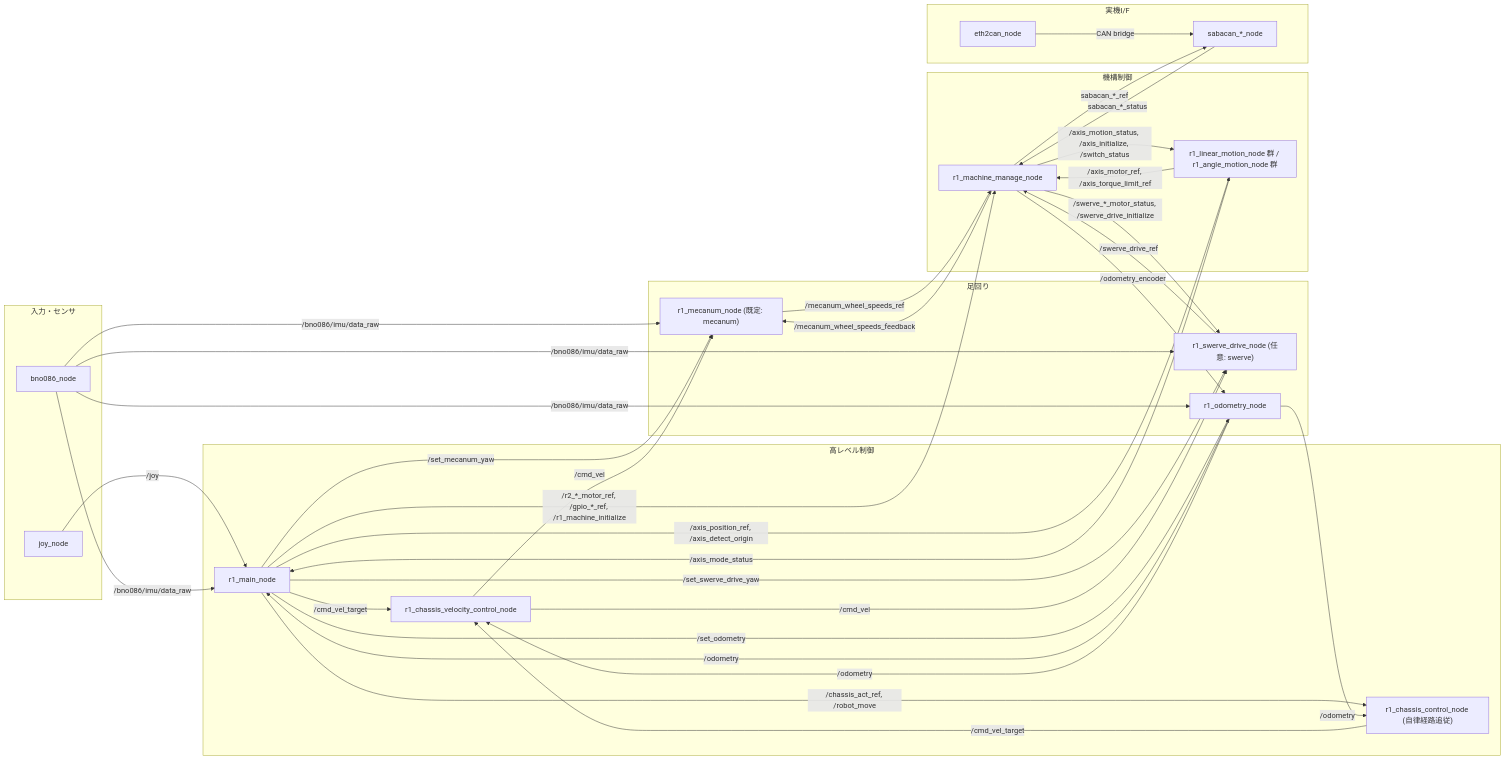
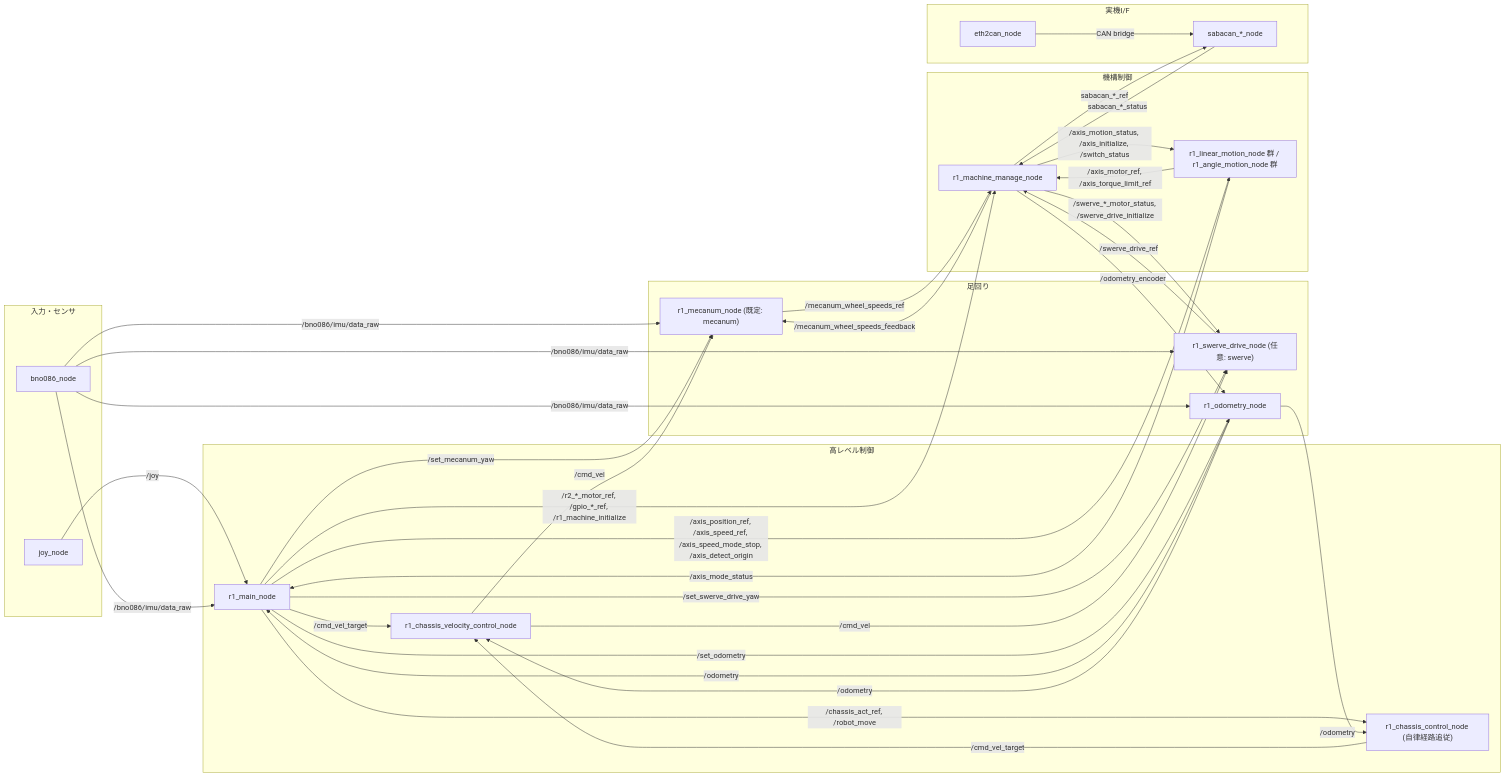
Before and after one commit to RoboPro2026/gakurobo2026_r1: the first of 2 diagrams in README.md, drawn with Mermaid. The commit also changed other lines of this file and 9 other files, not shown here.

````diff
--- a/README.md
+++ b/README.md
@@ -39,66 +39,66 @@
 ```mermaid
 flowchart LR
   subgraph input["入力・センサ"]
     joy["joy_node"]
     imu["bno086_node"]
   end
 
   subgraph control["高レベル制御"]
     main["r1_main_node"]
     chassis["r1_chassis_control_node (自律経路追従)"]
     vel["r1_chassis_velocity_control_node"]
   end
 
   subgraph drive["足回り"]
     mecanum["r1_mecanum_node (既定: mecanum)"]
     swerve["r1_swerve_drive_node (任意: swerve)"]
     odom["r1_odometry_node"]
   end
 
   subgraph mechanism["機構制御"]
     motion["r1_linear_motion_node 群 / r1_angle_motion_node 群"]
     manage["r1_machine_manage_node"]
   end
 
   subgraph hardware["実機I/F"]
     saba["sabacan_*_node"]
     can["eth2can_node"]
   end
 
   joy -->|/joy| main
   imu -->|/bno086/imu/data_raw| main
   imu -->|/bno086/imu/data_raw| mecanum
   imu -->|/bno086/imu/data_raw| swerve
   imu -->|/bno086/imu/data_raw| odom
 
   main -->|/cmd_vel_target| vel
   main -->|/chassis_act_ref, /robot_move| chassis
   main -->|/set_odometry| odom
   main -->|/set_mecanum_yaw| mecanum
   main -->|/set_swerve_drive_yaw| swerve
-  main -->|/axis_position_ref, /axis_detect_origin| motion
+  main -->|/axis_position_ref, /axis_speed_ref, /axis_speed_mode_stop, /axis_detect_origin| motion
   main -->|/r2_*_motor_ref, /gpio_*_ref, /r1_machine_initialize| manage
 
   chassis -->|/cmd_vel_target| vel
   odom -->|/odometry| main
   odom -->|/odometry| chassis
   odom -->|/odometry| vel
 
   vel -->|/cmd_vel| mecanum
   vel -->|/cmd_vel| swerve
 
   mecanum -->|/mecanum_wheel_speeds_ref| manage
   manage -->|/mecanum_wheel_speeds_feedback| mecanum
 
   swerve -->|/swerve_drive_ref| manage
   manage -->|/swerve_*_motor_status, /swerve_drive_initialize| swerve
 
   motion -->|/axis_motor_ref, /axis_torque_limit_ref| manage
   manage -->|/axis_motion_status, /axis_initialize, /switch_status| motion
   motion -->|/axis_mode_status| main
 
   manage -->|/odometry_encoder| odom
   manage -->|sabacan_*_ref| saba
   saba -->|sabacan_*_status| manage
   can -->|CAN bridge| saba
 ```
````
